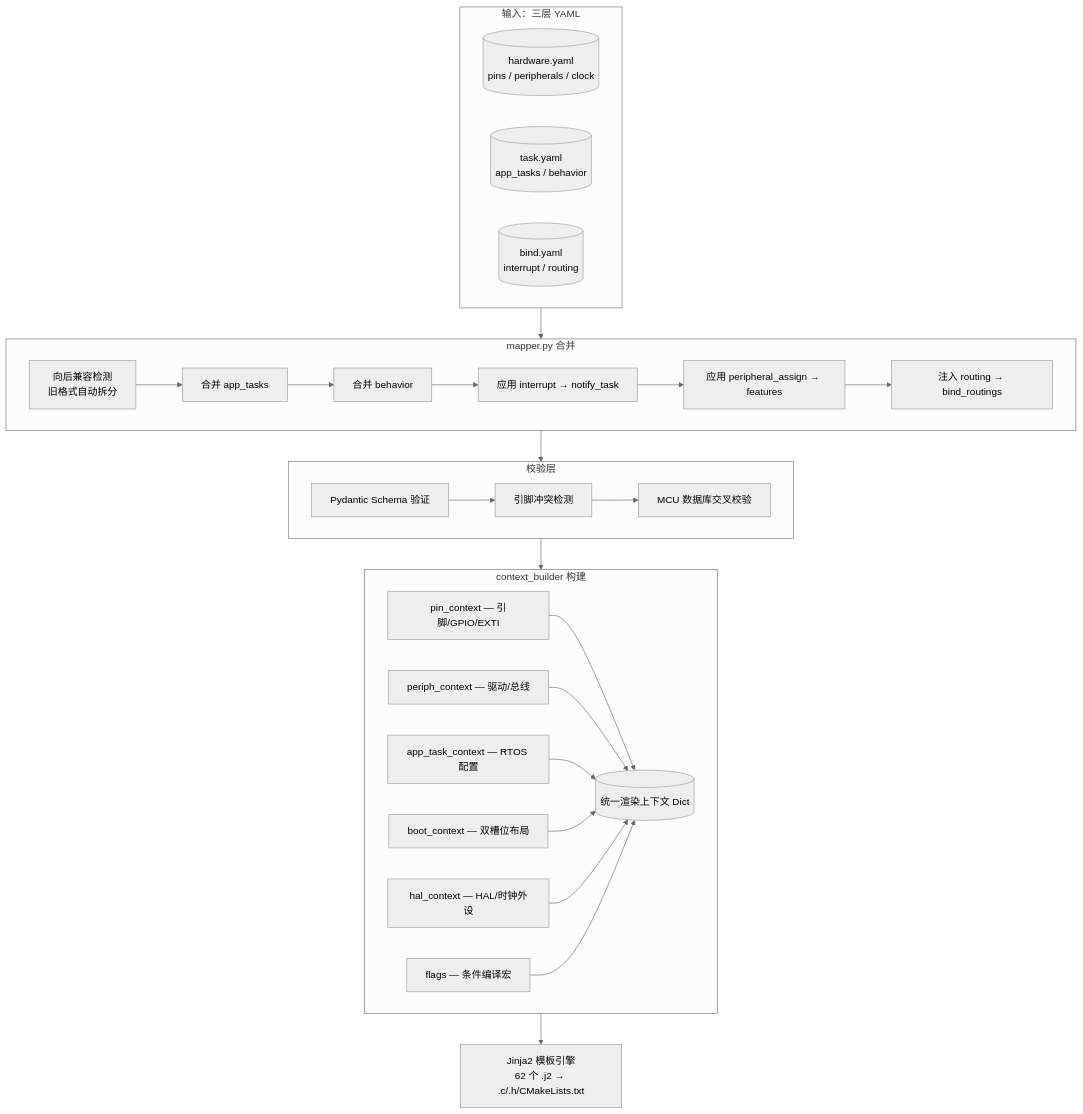
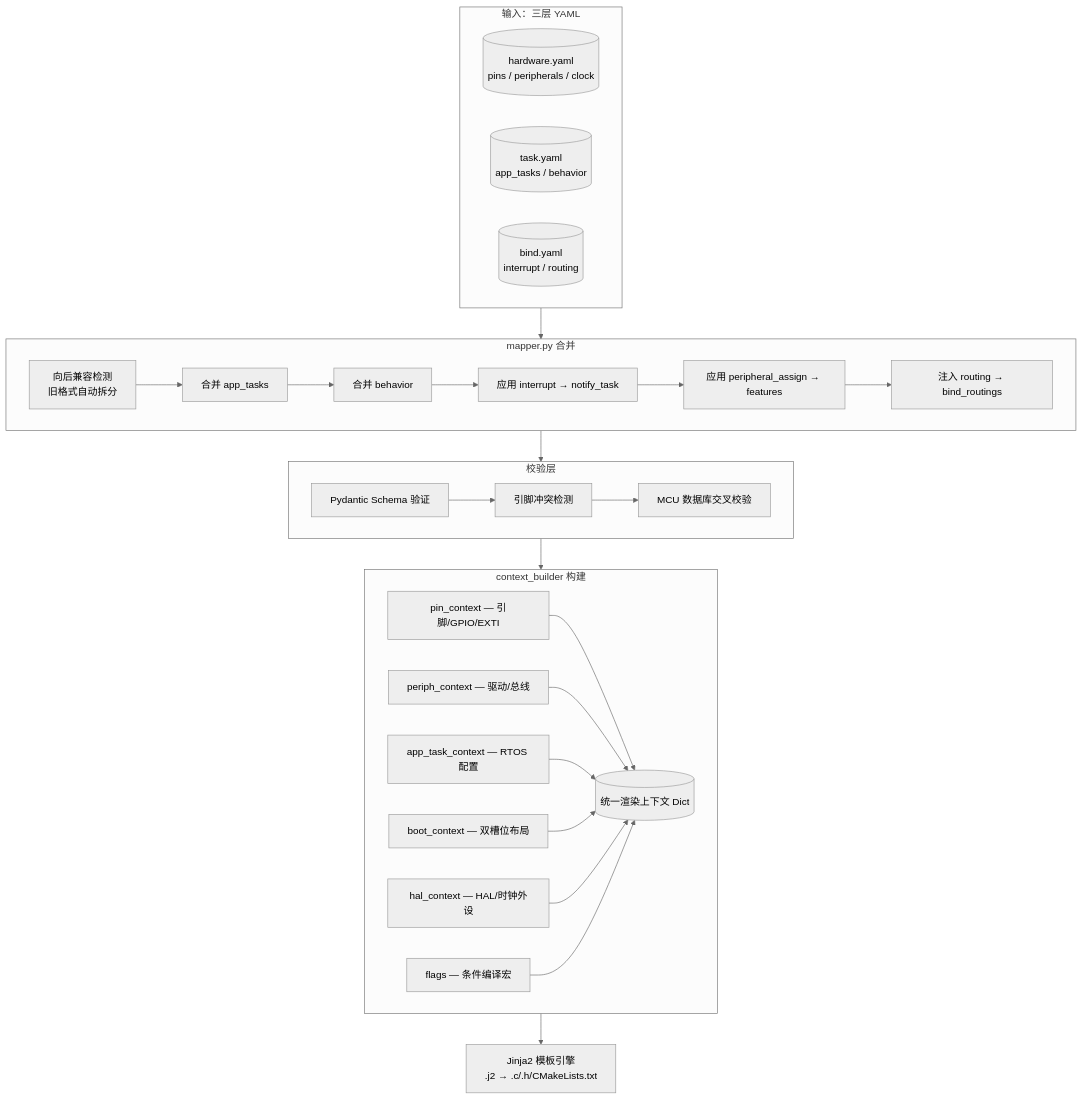
Before and after one commit to jinliangliu/Hardware2Code: the third of 3 diagrams in README.md, drawn with Mermaid (neutral theme). The commit also changed other lines of this file and 743 other files, not shown here.

````diff
--- a/README.md
+++ b/README.md
@@ -103,35 +103,35 @@
 ```mermaid
 flowchart TB
     subgraph Inputs["输入：三层 YAML"]
         HW[("hardware.yaml<br>pins / peripherals / clock")]
         TASK[("task.yaml<br>app_tasks / behavior")]
         B[("bind.yaml<br>interrupt / routing")]
     end
 
     subgraph Merge["mapper.py 合并"]
         M1["向后兼容检测<br>旧格式自动拆分"] --> M2["合并 app_tasks"]
         M2 --> M3["合并 behavior"]
         M3 --> M4["应用 interrupt → notify_task"]
         M4 --> M5["应用 peripheral_assign → features"]
         M5 --> M6["注入 routing → bind_routings"]
     end
 
     subgraph Validate["校验层"]
         V1["Pydantic Schema 验证"] --> V2["引脚冲突检测"]
         V2 --> V3["MCU 数据库交叉校验"]
     end
 
     subgraph Context["context_builder 构建"]
         CB1["pin_context — 引脚/GPIO/EXTI"] --> CB
         CB2["periph_context — 驱动/总线"] --> CB
         CB3["app_task_context — RTOS 配置"] --> CB
         CB4["boot_context — 双槽位布局"] --> CB
         CB5["hal_context — HAL/时钟外设"] --> CB
         CB6["flags — 条件编译宏"] --> CB
         CB[("统一渲染上下文 Dict")]
     end
 
     Inputs --> Merge --> Validate --> Context
 
-    Context --> J2["Jinja2 模板引擎<br>62 个 .j2 → .c/.h/CMakeLists.txt"]
+    Context --> J2["Jinja2 模板引擎<br>.j2 → .c/.h/CMakeLists.txt"]
 ```
````
